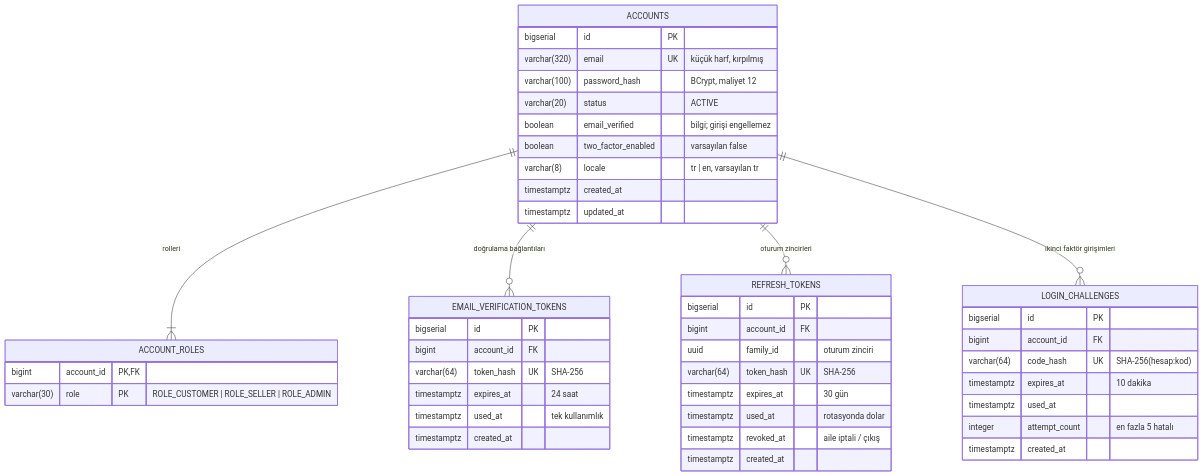
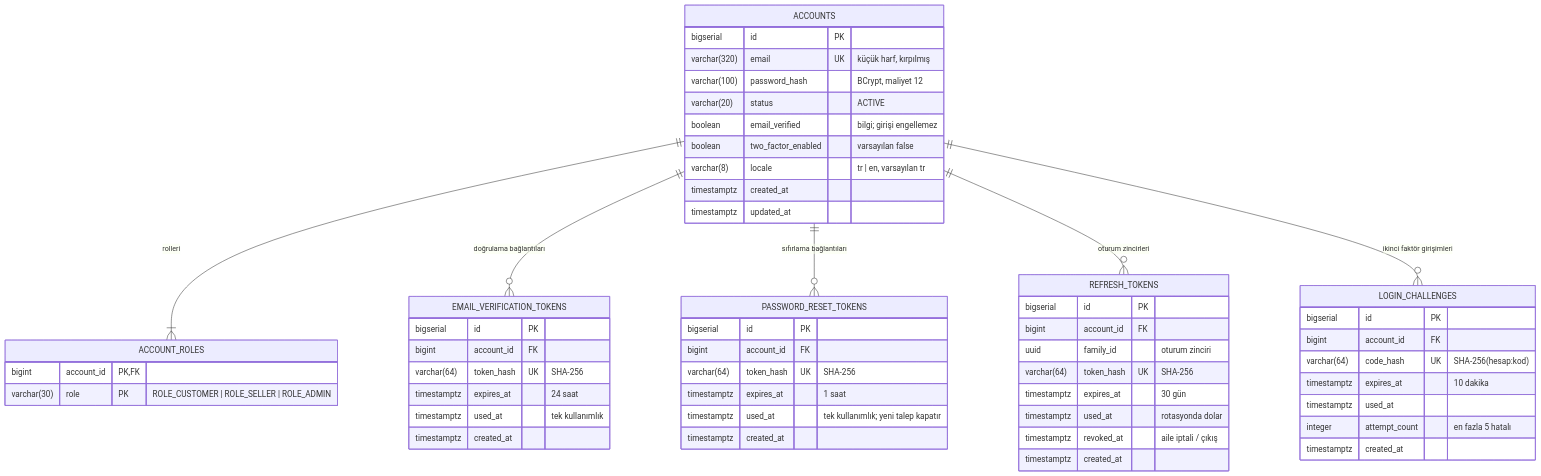
One commit to sertacozmen1/bahceden changed the second of 2 diagrams in docs/reference/01-domain-model.md. Above: the diagram before and after it, drawn with Mermaid. The commit also changed other lines of this file and 48 other files, not shown here.

First line of the commit message:
feat: add password reset by email (add-password-reset)

````diff
--- a/docs/reference/01-domain-model.md
+++ b/docs/reference/01-domain-model.md
@@ -107,54 +107,64 @@
 ```mermaid
 erDiagram
     ACCOUNTS ||--|{ ACCOUNT_ROLES : "rolleri"
     ACCOUNTS ||--o{ EMAIL_VERIFICATION_TOKENS : "doğrulama bağlantıları"
+    ACCOUNTS ||--o{ PASSWORD_RESET_TOKENS : "sıfırlama bağlantıları"
     ACCOUNTS ||--o{ REFRESH_TOKENS : "oturum zincirleri"
     ACCOUNTS ||--o{ LOGIN_CHALLENGES : "ikinci faktör girişimleri"
 
     ACCOUNTS {
         bigserial id PK
         varchar(320) email UK "küçük harf, kırpılmış"
         varchar(100) password_hash "BCrypt, maliyet 12"
         varchar(20) status "ACTIVE"
         boolean email_verified "bilgi; girişi engellemez"
         boolean two_factor_enabled "varsayılan false"
         varchar(8) locale "tr | en, varsayılan tr"
         timestamptz created_at
         timestamptz updated_at
     }
 
     ACCOUNT_ROLES {
         bigint account_id PK,FK
         varchar(30) role PK "ROLE_CUSTOMER | ROLE_SELLER | ROLE_ADMIN"
     }
 
     EMAIL_VERIFICATION_TOKENS {
         bigserial id PK
         bigint account_id FK
         varchar(64) token_hash UK "SHA-256"
         timestamptz expires_at "24 saat"
         timestamptz used_at "tek kullanımlık"
         timestamptz created_at
     }
 
+    PASSWORD_RESET_TOKENS {
+        bigserial id PK
+        bigint account_id FK
+        varchar(64) token_hash UK "SHA-256"
+        timestamptz expires_at "1 saat"
+        timestamptz used_at "tek kullanımlık; yeni talep kapatır"
+        timestamptz created_at
+    }
+
     REFRESH_TOKENS {
         bigserial id PK
         bigint account_id FK
         uuid family_id "oturum zinciri"
         varchar(64) token_hash UK "SHA-256"
         timestamptz expires_at "30 gün"
         timestamptz used_at "rotasyonda dolar"
         timestamptz revoked_at "aile iptali / çıkış"
         timestamptz created_at
     }
 
     LOGIN_CHALLENGES {
         bigserial id PK
         bigint account_id FK
         varchar(64) code_hash UK "SHA-256(hesap:kod)"
         timestamptz expires_at "10 dakika"
         timestamptz used_at
         integer attempt_count "en fazla 5 hatalı"
         timestamptz created_at
     }
 ```
````
